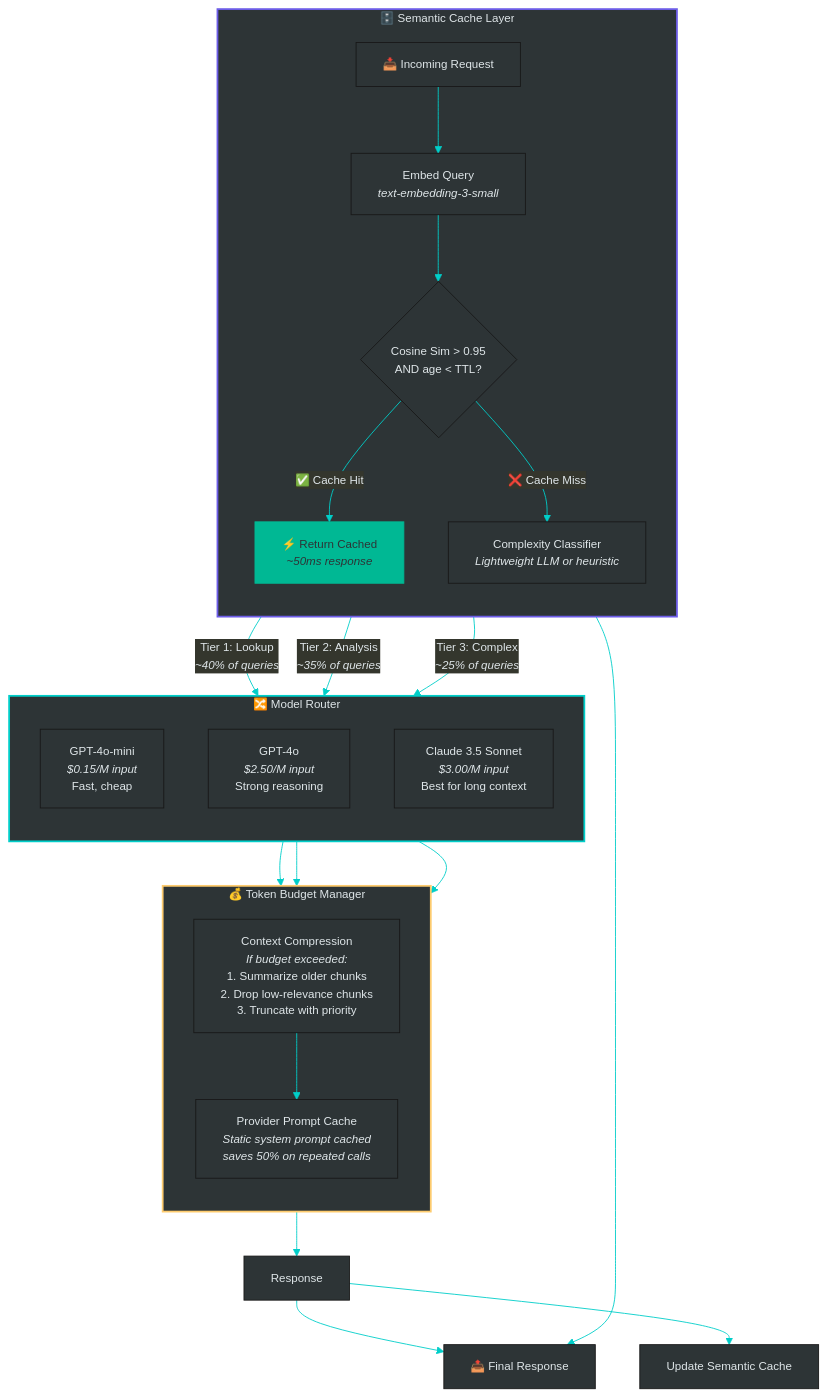
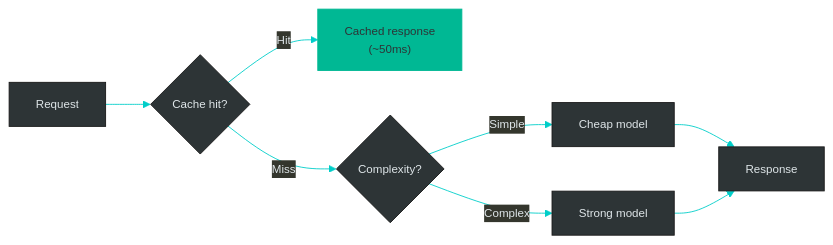
Before and after one commit to climax-dev-1/temp: the seventh of 8 diagrams in README.md, drawn with Mermaid. The commit also changed other lines of this file, not shown here.

````diff
--- a/README.md
+++ b/README.md
@@ -906,39 +297,13 @@
 ```mermaid
 %%{init: {'theme': 'base', 'themeVariables': { 'primaryColor': '#2d3436', 'primaryTextColor': '#dfe6e9', 'lineColor': '#00cec9', 'fontSize': '13px'}}}%%
-flowchart TB
-    REQ["📥 Incoming Request"]
+flowchart LR
+    REQ["Request"] --> CACHE{"Cache hit?"}
+    CACHE -->|"Hit"| FAST["Cached response<br/>(~50ms)"]
+    CACHE -->|"Miss"| ROUTE{"Complexity?"}
+    ROUTE -->|"Simple"| SMALL["Cheap model"]
+    ROUTE -->|"Complex"| BIG["Strong model"]
+    SMALL --> OUT["Response"]
+    BIG --> OUT
 
-    subgraph CACHE_LAYER["🗄️ Semantic Cache Layer"]
-        direction TB
-        REQ --> EMBED_Q["Embed Query<br/><i>text-embedding-3-small</i>"]
-        EMBED_Q --> CACHE_HIT{"Cosine Sim > 0.95<br/>AND age < TTL?"}
-        CACHE_HIT -->|"✅ Cache Hit"| CACHED["⚡ Return Cached<br/><i>~50ms response</i>"]
-        CACHE_HIT -->|"❌ Cache Miss"| ROUTE
-    end
-
-    subgraph ROUTING["🔀 Model Router"]
-        direction TB
-        ROUTE["Complexity Classifier<br/><i>Lightweight LLM or heuristic</i>"]
-        ROUTE -->|"Tier 1: Lookup<br/><i>~40% of queries</i>"| SMALL["GPT-4o-mini<br/><i>$0.15/M input</i><br/>Fast, cheap"]
-        ROUTE -->|"Tier 2: Analysis<br/><i>~35% of queries</i>"| MEDIUM["GPT-4o<br/><i>$2.50/M input</i><br/>Strong reasoning"]
-        ROUTE -->|"Tier 3: Complex<br/><i>~25% of queries</i>"| LARGE["Claude 3.5 Sonnet<br/><i>$3.00/M input</i><br/>Best for long context"]
-    end
-
-    subgraph BUDGET["💰 Token Budget Manager"]
-        direction TB
-        SMALL --> COMPRESS["Context Compression<br/><i>If budget exceeded:</i><br/>1. Summarize older chunks<br/>2. Drop low-relevance chunks<br/>3. Truncate with priority"]
-        MEDIUM --> COMPRESS
-        LARGE --> COMPRESS
-        COMPRESS --> PCACHE["Provider Prompt Cache<br/><i>Static system prompt cached<br/>saves 50% on repeated calls</i>"]
-    end
-
-    PCACHE --> RESP["Response"]
-    RESP --> UPDATE["Update Semantic Cache"]
-    CACHED --> FINAL["📤 Final Response"]
-    RESP --> FINAL
-
-    style CACHE_LAYER fill:#2d3436,stroke:#6c5ce7,stroke-width:2px,color:#dfe6e9
-    style ROUTING fill:#2d3436,stroke:#00cec9,stroke-width:2px,color:#dfe6e9
-    style BUDGET fill:#2d3436,stroke:#fdcb6e,stroke-width:2px,color:#dfe6e9
-    style CACHED fill:#00b894,stroke:#00b894,color:#2d3436
+    style FAST fill:#00b894,stroke:#00b894,color:#2d3436
 ```
````
